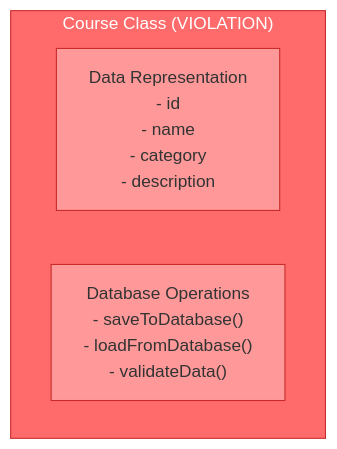
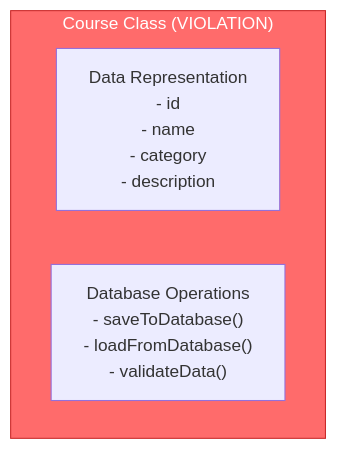
The first of 8 diagrams in src/main/java/com/solid/README.md (rodrigorjsf/SOLID), drawn with Mermaid before and after one commit. The commit also changed other lines of this file, not shown here.

Commit message:
docs: mermaid diagrams adjustments

````diff
--- a/src/main/java/com/solid/README.md
+++ b/src/main/java/com/solid/README.md
@@ -35,11 +35,9 @@
 ```mermaid
 graph TB
     subgraph Course["Course Class (VIOLATION)"]
         A["Data Representation<br/>- id<br/>- name<br/>- category<br/>- description"]
         B["Database Operations<br/>- saveToDatabase()<br/>- loadFromDatabase()<br/>- validateData()"]
     end
 
     style Course fill:#ff6b6b,stroke:#c92a2a,color:#fff
-    style A fill:#ff9999,stroke:#c92a2a
-    style B fill:#ff9999,stroke:#c92a2a
 ```
````
